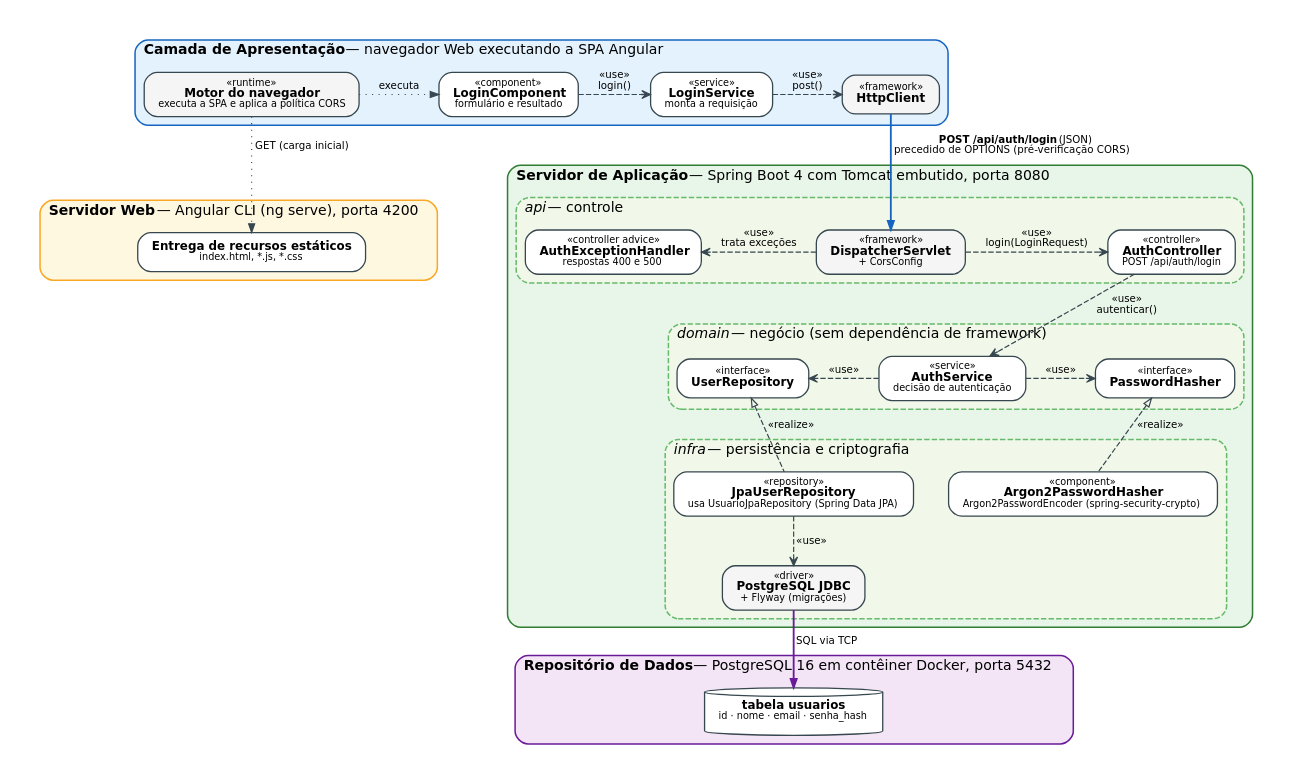
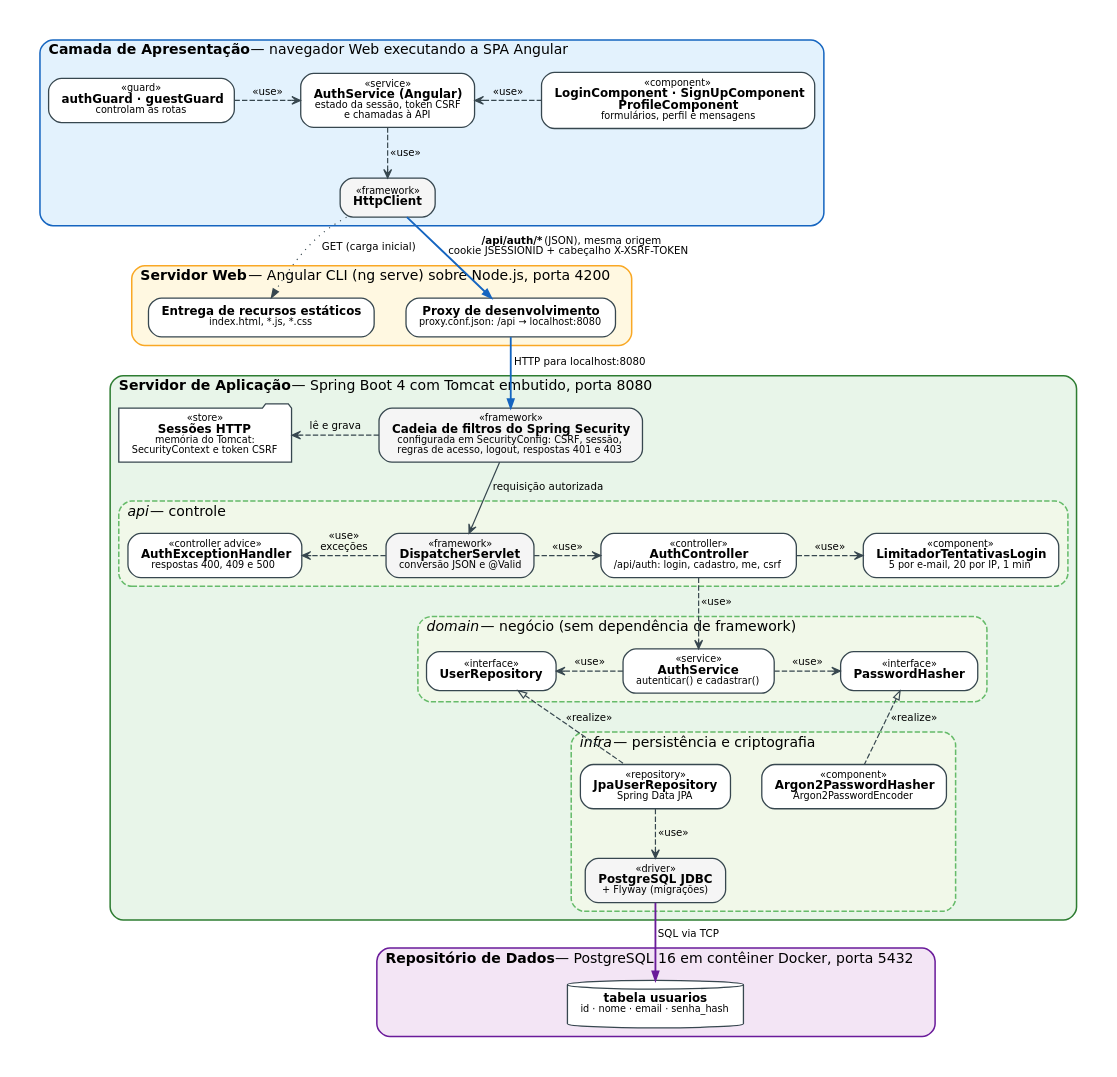
The diagram in docs/diagramas/fig-2.1-componentes.dot (claudioferreira23/software-autenticacao-web), drawn with Graphviz before and after one commit. The commit also changed 5 other files, not shown here.

First line of the commit message:
docs: atualiza diagramas para cadastro, sessão, CSRF e limite de tentativas

```diff
--- a/docs/diagramas/fig-2.1-componentes.dot
+++ b/docs/diagramas/fig-2.1-componentes.dot
@@ -1,73 +1,84 @@
 digraph componentes {
-  graph [rankdir=TB, fontname="DejaVu Sans", fontsize=13, nodesep=0.45, ranksep=0.5,
+  graph [rankdir=TB, fontname="DejaVu Sans", fontsize=13, nodesep=0.4, ranksep=0.5,
          bgcolor="white", pad=0.3, newrank=true, splines=spline];
   node  [fontname="DejaVu Sans", fontsize=11, shape=box, style="rounded,filled",
-         fillcolor="#FFFFFF", color="#37474F", penwidth=1.2, margin="0.18,0.08"];
+         fillcolor="#FFFFFF", color="#37474F", penwidth=1.2, margin="0.16,0.08"];
   edge  [fontname="DejaVu Sans", fontsize=9.5, color="#37474F", penwidth=1.1, arrowsize=0.8];
 
   subgraph cluster_cliente {
     label=<<B>Camada de Apresentação</B> — navegador Web executando a SPA Angular>;
     labeljust=l; style="rounded,filled"; fillcolor="#E3F2FD"; color="#1565C0"; penwidth=1.4;
-    nav     [label=<<FONT POINT-SIZE="9">«runtime»</FONT><BR/><B>Motor do navegador</B><BR/><FONT POINT-SIZE="9">executa a SPA e aplica a política CORS</FONT>>, fillcolor="#F5F5F5"];
-    login   [label=<<FONT POINT-SIZE="9">«component»</FONT><BR/><B>LoginComponent</B><BR/><FONT POINT-SIZE="9">formulário e resultado</FONT>>];
-    svc     [label=<<FONT POINT-SIZE="9">«service»</FONT><BR/><B>LoginService</B><BR/><FONT POINT-SIZE="9">monta a requisição</FONT>>];
+    paginas [label=<<FONT POINT-SIZE="9">«component»</FONT><BR/><B>LoginComponent · SignUpComponent<BR/>ProfileComponent</B><BR/><FONT POINT-SIZE="9">formulários, perfil e mensagens</FONT>>];
+    guards  [label=<<FONT POINT-SIZE="9">«guard»</FONT><BR/><B>authGuard · guestGuard</B><BR/><FONT POINT-SIZE="9">controlam as rotas</FONT>>];
+    fauth   [label=<<FONT POINT-SIZE="9">«service»</FONT><BR/><B>AuthService (Angular)</B><BR/><FONT POINT-SIZE="9">estado da sessão, token CSRF<BR/>e chamadas à API</FONT>>];
     http    [label=<<FONT POINT-SIZE="9">«framework»</FONT><BR/><B>HttpClient</B>>, fillcolor="#F5F5F5"];
-    { rank=same; nav; login; svc; http; }
-    nav -> login [label=" executa", style=dotted];
-    login -> svc [label=" «use»\n login()", style=dashed, arrowhead=vee];
-    svc -> http  [label=" «use»\n post()", style=dashed, arrowhead=vee];
+    { rank=same; guards; fauth; paginas; }
+    fauth -> paginas [label=" «use»", style=dashed, dir=back, arrowtail=vee];
+    guards -> fauth  [label=" «use»", style=dashed, arrowhead=vee];
+    fauth -> http    [label=" «use»", style=dashed, arrowhead=vee];
   }
 
   subgraph cluster_web {
-    label=<<B>Servidor Web</B> — Angular CLI (ng serve), porta 4200>;
+    label=<<B>Servidor Web</B> — Angular CLI (ng serve) sobre Node.js, porta 4200>;
     labeljust=l; style="rounded,filled"; fillcolor="#FFF8E1"; color="#F9A825"; penwidth=1.4;
     estaticos [label=<<B>Entrega de recursos estáticos</B><BR/><FONT POINT-SIZE="9">index.html, *.js, *.css</FONT>>];
+    proxy     [label=<<B>Proxy de desenvolvimento</B><BR/><FONT POINT-SIZE="9">proxy.conf.json: /api → localhost:8080</FONT>>];
+    { rank=same; estaticos; proxy; }
   }
 
   subgraph cluster_app {
     label=<<B>Servidor de Aplicação</B> — Spring Boot 4 com Tomcat embutido, porta 8080>;
     labeljust=l; style="rounded,filled"; fillcolor="#E8F5E9"; color="#2E7D32"; penwidth=1.4;
 
+    filtros [label=<<FONT POINT-SIZE="9">«framework»</FONT><BR/><B>Cadeia de filtros do Spring Security</B><BR/><FONT POINT-SIZE="9">configurada em SecurityConfig: CSRF, sessão,<BR/>regras de acesso, logout, respostas 401 e 403</FONT>>, fillcolor="#F5F5F5"];
+    sessoes [label=<<FONT POINT-SIZE="9">«store»</FONT><BR/><B>Sessões HTTP</B><BR/><FONT POINT-SIZE="9">memória do Tomcat:<BR/>SecurityContext e token CSRF</FONT>>, shape=folder, style="filled", fillcolor="#FFFFFF"];
+    { rank=same; filtros; sessoes; }
+
     subgraph cluster_api {
       label=<<I>api</I> — controle>; labeljust=l; style="dashed,rounded,filled"; color="#66BB6A"; fillcolor="#F1F8E9";
-      dispatcher [label=<<FONT POINT-SIZE="9">«framework»</FONT><BR/><B>DispatcherServlet</B><BR/><FONT POINT-SIZE="9">+ CorsConfig</FONT>>, fillcolor="#F5F5F5"];
-      controller [label=<<FONT POINT-SIZE="9">«controller»</FONT><BR/><B>AuthController</B><BR/><FONT POINT-SIZE="9">POST /api/auth/login</FONT>>];
-      handler    [label=<<FONT POINT-SIZE="9">«controller advice»</FONT><BR/><B>AuthExceptionHandler</B><BR/><FONT POINT-SIZE="9">respostas 400 e 500</FONT>>];
-      { rank=same; dispatcher; controller; handler; }
-      handler -> dispatcher [style=invis]; dispatcher -> controller [style=invis];
+      dispatcher [label=<<FONT POINT-SIZE="9">«framework»</FONT><BR/><B>DispatcherServlet</B><BR/><FONT POINT-SIZE="9">conversão JSON e @Valid</FONT>>, fillcolor="#F5F5F5"];
+      controller [label=<<FONT POINT-SIZE="9">«controller»</FONT><BR/><B>AuthController</B><BR/><FONT POINT-SIZE="9">/api/auth: login, cadastro, me, csrf</FONT>>];
+      limitador  [label=<<FONT POINT-SIZE="9">«component»</FONT><BR/><B>LimitadorTentativasLogin</B><BR/><FONT POINT-SIZE="9">5 por e-mail, 20 por IP, 1 min</FONT>>];
+      handler    [label=<<FONT POINT-SIZE="9">«controller advice»</FONT><BR/><B>AuthExceptionHandler</B><BR/><FONT POINT-SIZE="9">respostas 400, 409 e 500</FONT>>];
+      { rank=same; handler; dispatcher; controller; limitador; }
+      handler -> dispatcher [style=invis]; controller -> limitador [style=invis];
     }
     subgraph cluster_dom {
       label=<<I>domain</I> — negócio (sem dependência de framework)>; labeljust=l; style="dashed,rounded,filled"; color="#66BB6A"; fillcolor="#F1F8E9";
-      service [label=<<FONT POINT-SIZE="9">«service»</FONT><BR/><B>AuthService</B><BR/><FONT POINT-SIZE="9">decisão de autenticação</FONT>>];
+      service [label=<<FONT POINT-SIZE="9">«service»</FONT><BR/><B>AuthService</B><BR/><FONT POINT-SIZE="9">autenticar() e cadastrar()</FONT>>];
       repoi   [label=<<FONT POINT-SIZE="9">«interface»</FONT><BR/><B>UserRepository</B>>];
       hasheri [label=<<FONT POINT-SIZE="9">«interface»</FONT><BR/><B>PasswordHasher</B>>];
       { rank=same; repoi; service; hasheri; }
       repoi -> service [style=invis]; service -> hasheri [style=invis];
     }
     subgraph cluster_inf {
       label=<<I>infra</I> — persistência e criptografia>; labeljust=l; style="dashed,rounded,filled"; color="#66BB6A"; fillcolor="#F1F8E9";
-      repo   [label=<<FONT POINT-SIZE="9">«repository»</FONT><BR/><B>JpaUserRepository</B><BR/><FONT POINT-SIZE="9">usa UsuarioJpaRepository (Spring Data JPA)</FONT>>];
-      hasher [label=<<FONT POINT-SIZE="9">«component»</FONT><BR/><B>Argon2PasswordHasher</B><BR/><FONT POINT-SIZE="9">Argon2PasswordEncoder (spring-security-crypto)</FONT>>];
+      repo   [label=<<FONT POINT-SIZE="9">«repository»</FONT><BR/><B>JpaUserRepository</B><BR/><FONT POINT-SIZE="9">Spring Data JPA</FONT>>];
+      hasher [label=<<FONT POINT-SIZE="9">«component»</FONT><BR/><B>Argon2PasswordHasher</B><BR/><FONT POINT-SIZE="9">Argon2PasswordEncoder</FONT>>];
       jdbc   [label=<<FONT POINT-SIZE="9">«driver»</FONT><BR/><B>PostgreSQL JDBC</B><BR/><FONT POINT-SIZE="9">+ Flyway (migrações)</FONT>>, fillcolor="#F5F5F5"];
       { rank=same; repo; hasher; }
     }
-    dispatcher -> controller [label=" «use»\n login(LoginRequest)", style=dashed, arrowhead=vee, constraint=false];
-    dispatcher -> handler    [label=" «use»\n trata exceções", style=dashed, arrowhead=vee, constraint=false];
-    controller -> service    [label=" «use»\n autenticar()", style=dashed, arrowhead=vee];
+    filtros -> sessoes    [label=" lê e grava", style=dashed, arrowhead=vee, constraint=false];
+    filtros -> dispatcher [label=" requisição autorizada", arrowhead=vee];
+    dispatcher -> controller [label=" «use»", style=dashed, arrowhead=vee, constraint=false];
+    dispatcher -> handler    [label=" «use»\n exceções", style=dashed, arrowhead=vee, constraint=false];
+    controller -> limitador  [label=" «use»", style=dashed, arrowhead=vee, constraint=false];
+    controller -> service    [label=" «use»", style=dashed, arrowhead=vee];
     service -> repoi         [label=" «use»", style=dashed, arrowhead=vee, constraint=false];
     service -> hasheri       [label=" «use»", style=dashed, arrowhead=vee, constraint=false];
     repoi -> repo   [label=" «realize»", style=dashed, dir=back, arrowtail=onormal];
     hasheri -> hasher [label=" «realize»", style=dashed, dir=back, arrowtail=onormal];
     repo -> jdbc    [label=" «use»", style=dashed, arrowhead=vee];
   }
 
   subgraph cluster_db {
     label=<<B>Repositório de Dados</B> — PostgreSQL 16 em contêiner Docker, porta 5432>;
     labeljust=l; style="rounded,filled"; fillcolor="#F3E5F5"; color="#6A1B9A"; penwidth=1.4;
     tabela [label=<<B>tabela usuarios</B><BR/><FONT POINT-SIZE="9">id · nome · email · senha_hash</FONT>>, shape=cylinder, style="filled", fillcolor="#FFFFFF"];
   }
 
-  nav -> estaticos   [label=" GET (carga inicial)", style=dotted];
-  http -> dispatcher [label=<  <B>POST /api/auth/login</B> (JSON)<BR/>  precedido de OPTIONS (pré-verificação CORS)>, color="#1565C0", penwidth=1.7];
-  jdbc -> tabela     [label=" SQL via TCP", color="#6A1B9A", penwidth=1.7];
+  http -> estaticos [label=" GET (carga inicial)", style=dotted];
+  http -> proxy     [label=<  <B>/api/auth/*</B> (JSON), mesma origem<BR/>  cookie JSESSIONID + cabeçalho X-XSRF-TOKEN>, color="#1565C0", penwidth=1.7];
+  proxy -> filtros  [label=<  HTTP para localhost:8080>, color="#1565C0", penwidth=1.7];
+  jdbc -> tabela    [label=" SQL via TCP", color="#6A1B9A", penwidth=1.7];
 }
```
